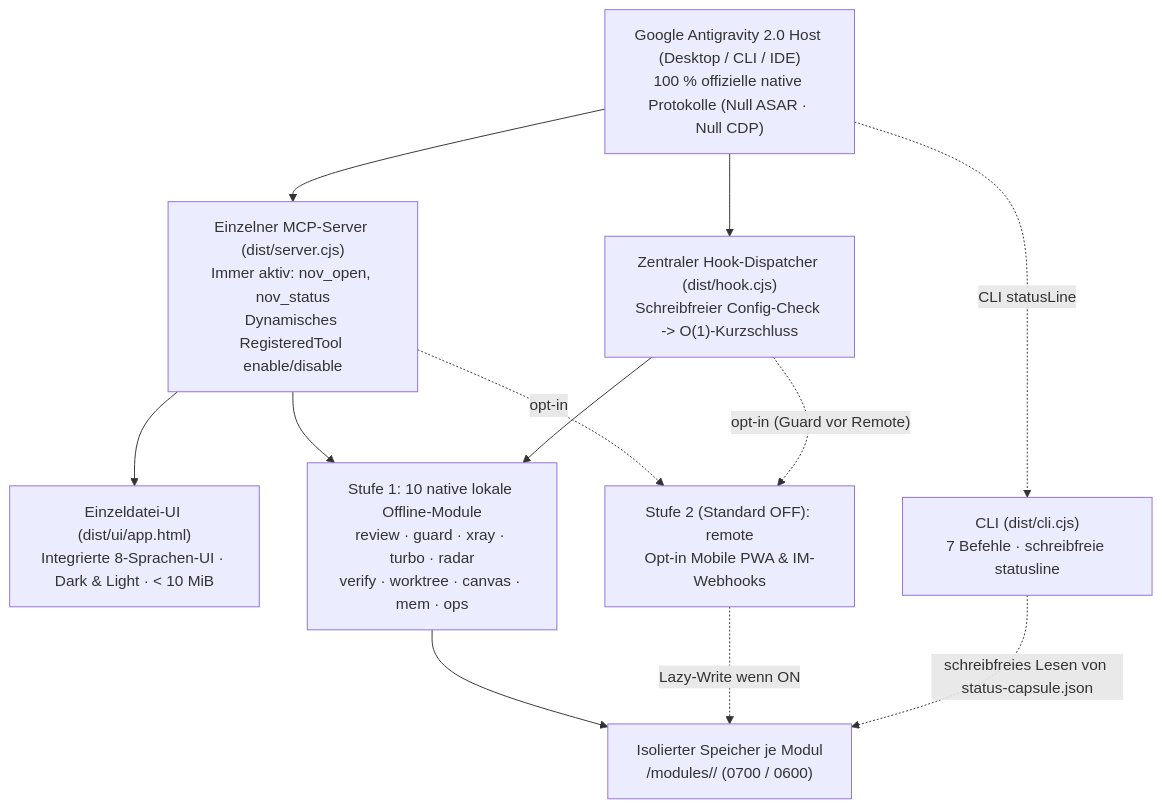
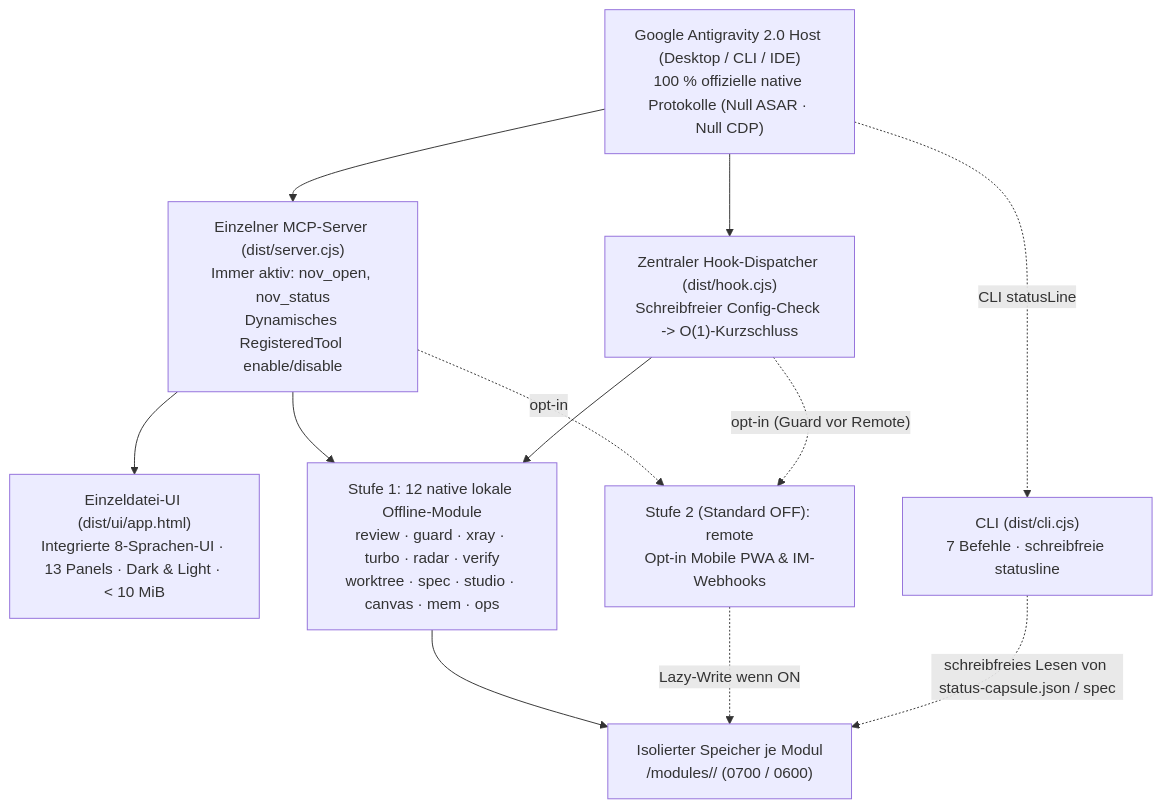
Before and after one commit to tone-leh/agy-NOV: the diagram in docs/i18n/README.de.md, drawn with Mermaid. The commit also changed other lines of this file and 55 other files, not shown here.

Commit message:
feat(v0.4.0): Spec Flow & Task DAG, Workspace Studio, Turbo RTK compression & Ops 2.0 budget doctor

````diff
--- a/docs/i18n/README.de.md
+++ b/docs/i18n/README.de.md
@@ -194,23 +198,23 @@
 ```mermaid
 flowchart TB
   Host["Google Antigravity 2.0 Host (Desktop / CLI / IDE)\n100 % offizielle native Protokolle (Null ASAR · Null CDP)"]
   MCP["Einzelner MCP-Server (dist/server.cjs)\nImmer aktiv: nov_open, nov_status\nDynamisches RegisteredTool enable/disable"]
-  UI["Einzeldatei-UI (dist/ui/app.html)\nIntegrierte 8-Sprachen-UI · Dark & Light · < 10 MiB"]
+  UI["Einzeldatei-UI (dist/ui/app.html)\nIntegrierte 8-Sprachen-UI · 13 Panels · Dark & Light · < 10 MiB"]
   Hook["Zentraler Hook-Dispatcher (dist/hook.cjs)\nSchreibfreier Config-Check -> O(1)-Kurzschluss"]
   CLI["CLI (dist/cli.cjs)\n7 Befehle · schreibfreie statusline"]
   Store["Isolierter Speicher je Modul\n<dataDir>/modules/<id>/ (0700 / 0600)"]
-  T1["Stufe 1: 10 native lokale Offline-Module\nreview · guard · xray · turbo · radar\nverify · worktree · canvas · mem · ops"]
+  T1["Stufe 1: 12 native lokale Offline-Module\nreview · guard · xray · turbo · radar · verify\nworktree · spec · studio · canvas · mem · ops"]
   T2R["Stufe 2 (Standard OFF): remote\nOpt-in Mobile PWA & IM-Webhooks"]
 
   Host --> MCP
   Host --> Hook
   Host -. "CLI statusLine" .-> CLI
   MCP --> UI
   MCP --> T1
   MCP -. "opt-in" .-> T2R
   Hook --> T1
   Hook -. "opt-in (Guard vor Remote)" .-> T2R
   T1 --> Store
   T2R -. "Lazy-Write wenn ON" .-> Store
-  CLI -. "schreibfreies Lesen von status-capsule.json" .-> Store
+  CLI -. "schreibfreies Lesen von status-capsule.json / spec" .-> Store
 ```
````
